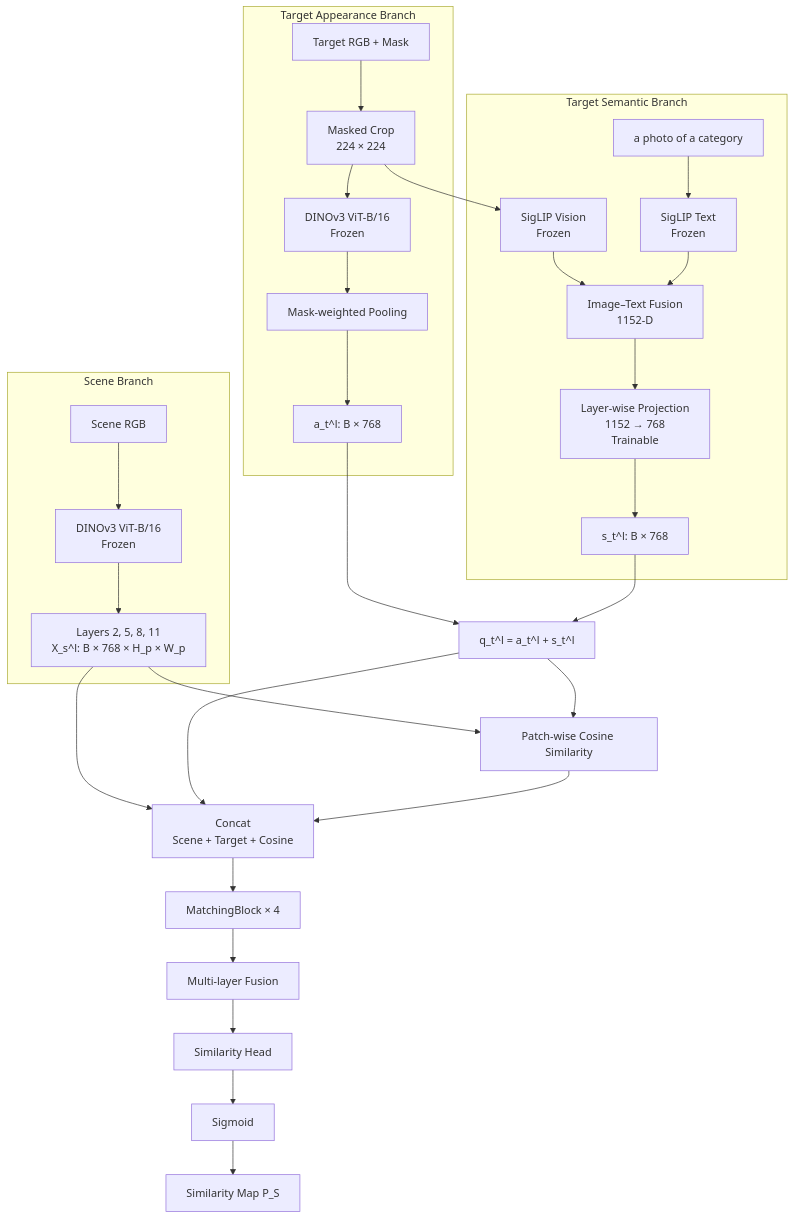
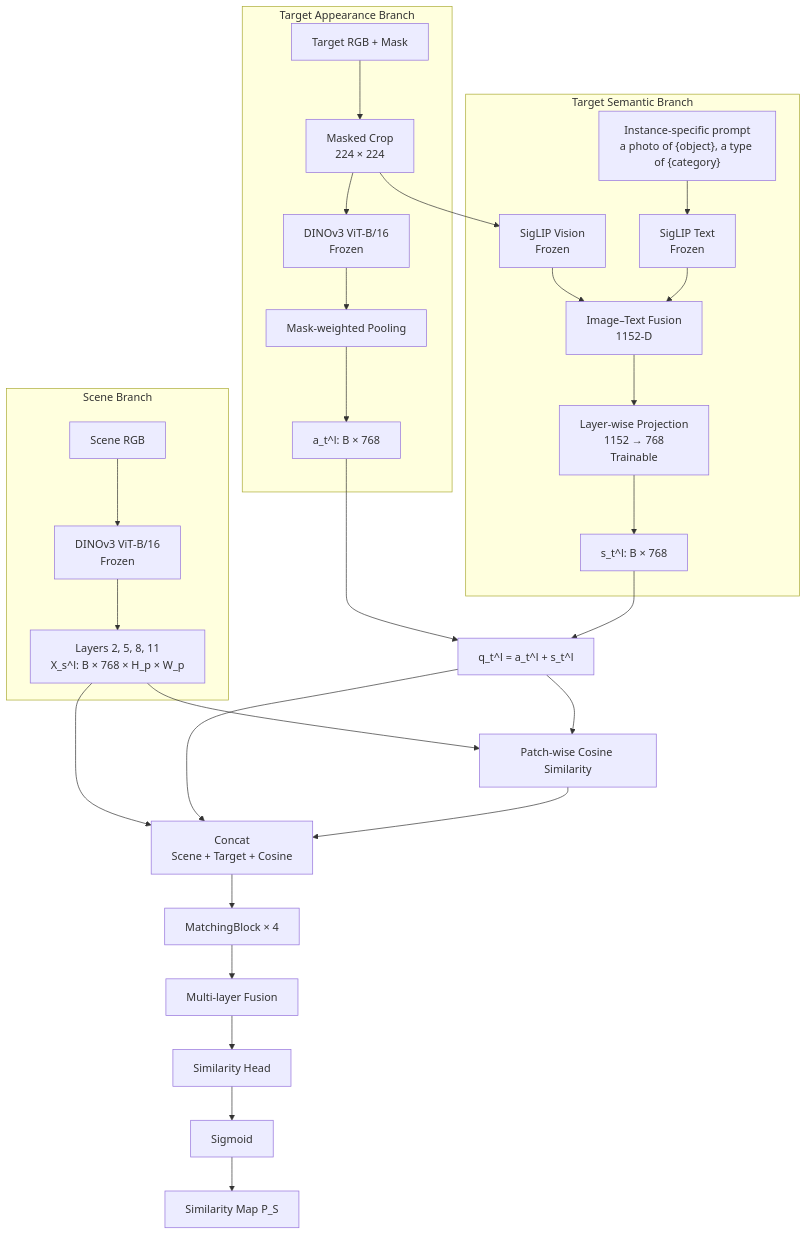
The second of 4 diagrams in README.md (JeonHaneul/2D-PDM_DINOv3), drawn with Mermaid before and after one commit. The commit also changed other lines of this file and 13 other files, not shown here.

````diff
--- a/README.md
+++ b/README.md
@@ -91,43 +91,43 @@
 ```mermaid
 flowchart TB
     subgraph SCENE["Scene Branch"]
         SRGB["Scene RGB"]
         SDINO["DINOv3 ViT-B/16<br/>Frozen"]
         SFEAT["Layers 2, 5, 8, 11<br/>X_s^l: B × 768 × H_p × W_p"]
         SRGB --> SDINO --> SFEAT
     end
 
     subgraph APPEARANCE["Target Appearance Branch"]
         TRGB["Target RGB + Mask"]
         CROP["Masked Crop<br/>224 × 224"]
         TDINO["DINOv3 ViT-B/16<br/>Frozen"]
         POOL["Mask-weighted Pooling"]
         AVEC["a_t^l: B × 768"]
         TRGB --> CROP --> TDINO --> POOL --> AVEC
     end
 
     subgraph SEMANTIC["Target Semantic Branch"]
         SIGIMG["SigLIP Vision<br/>Frozen"]
-        PROMPT["a photo of a category"]
+        PROMPT["Instance-specific prompt<br/>a photo of {object}, a type of {category}"]
         SIGTXT["SigLIP Text<br/>Frozen"]
         SEMFUSE["Image–Text Fusion<br/>1152-D"]
         PROJ["Layer-wise Projection<br/>1152 → 768<br/>Trainable"]
         SVEC["s_t^l: B × 768"]
         CROP --> SIGIMG --> SEMFUSE
         PROMPT --> SIGTXT --> SEMFUSE
         SEMFUSE --> PROJ --> SVEC
     end
 
     AVEC --> QFUSE["q_t^l = a_t^l + s_t^l"]
     SVEC --> QFUSE
     SFEAT --> COS["Patch-wise Cosine Similarity"]
     QFUSE --> COS
     SFEAT --> INTERACT["Concat<br/>Scene + Target + Cosine"]
     QFUSE --> INTERACT
     COS --> INTERACT
     INTERACT --> BLOCKS["MatchingBlock × 4"]
     BLOCKS --> LFUSE["Multi-layer Fusion"]
     LFUSE --> HEAD["Similarity Head"]
     HEAD --> SIGMOID["Sigmoid"]
     SIGMOID --> PMAP["Similarity Map P_S"]
 ```
````
